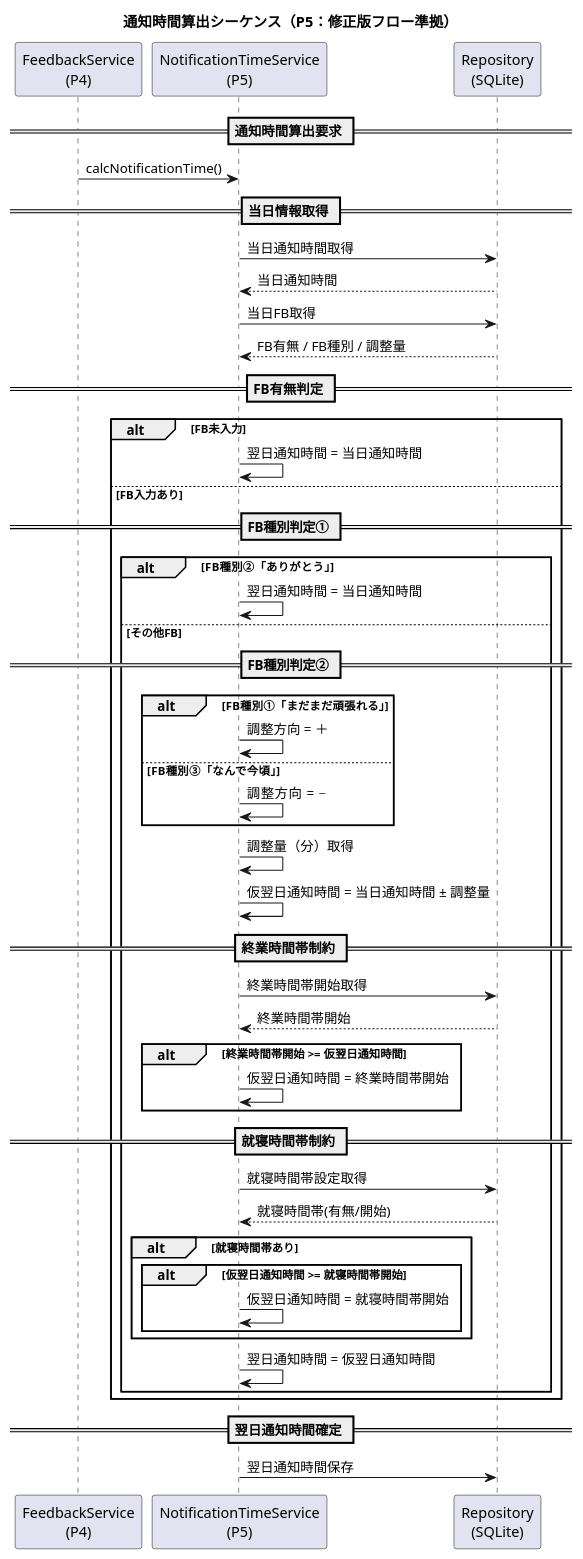
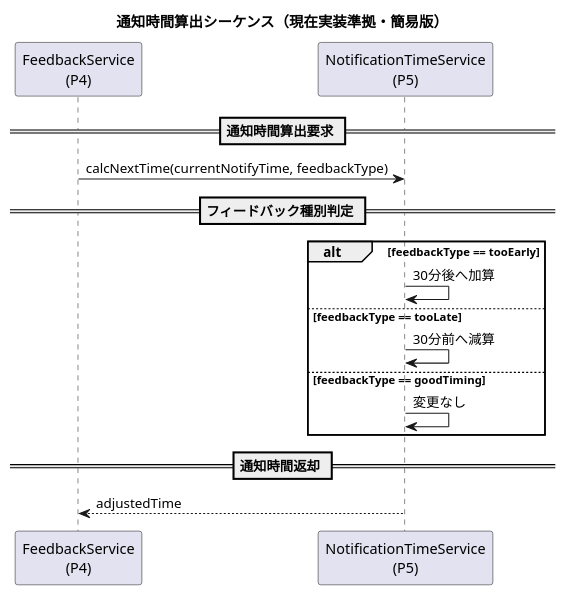
One commit to akamatrixxx/justtime changed the diagram in assets/specifications/詳細設計/シーケンス図/04_通知時間算出シーケンス.pu. Above: the diagram before and after it, drawn with PlantUML. The commit also changed 2 other files, not shown here.

```diff
--- a/assets/specifications/詳細設計/シーケンス図/04_通知時間算出シーケンス.pu
+++ b/assets/specifications/詳細設計/シーケンス図/04_通知時間算出シーケンス.pu
@@ -1,65 +1,24 @@
 @startuml
-title 通知時間算出シーケンス（P5：修正版フロー準拠）
+title 通知時間算出シーケンス（現在実装準拠・簡易版）
 
 participant "FeedbackService\n(P4)" as P4
 participant "NotificationTimeService\n(P5)" as P5
-participant "Repository\n(SQLite)" as DB
 
 == 通知時間算出要求 ==
-P4 -> P5 : calcNotificationTime()
+P4 -> P5 : calcNextTime(currentNotifyTime, feedbackType)
 
-== 当日情報取得 ==
-P5 -> DB : 当日通知時間取得
-DB --> P5 : 当日通知時間
+== フィードバック種別判定 ==
+alt feedbackType == tooEarly
+  P5 -> P5 : 30分後へ加算
 
-P5 -> DB : 当日FB取得
-DB --> P5 : FB有無 / FB種別 / 調整量
+else feedbackType == tooLate
+  P5 -> P5 : 30分前へ減算
 
-== FB有無判定 ==
-alt FB未入力
-  P5 -> P5 : 翌日通知時間 = 当日通知時間
-
-else FB入力あり
-
-  == FB種別判定① ==
-  alt FB種別②「ありがとう」
-    P5 -> P5 : 翌日通知時間 = 当日通知時間
-
-  else その他FB
-
-    == FB種別判定② ==
-    alt FB種別①「まだまだ頑張れる」
-      P5 -> P5 : 調整方向 = ＋
-    else FB種別③「なんで今頃」
-      P5 -> P5 : 調整方向 = −
-    end
-
-    P5 -> P5 : 調整量（分）取得
-    P5 -> P5 : 仮翌日通知時間 = 当日通知時間 ± 調整量
-
-    == 終業時間帯制約 ==
-    P5 -> DB : 終業時間帯開始取得
-    DB --> P5 : 終業時間帯開始
-
-    alt 終業時間帯開始 >= 仮翌日通知時間
-      P5 -> P5 : 仮翌日通知時間 = 終業時間帯開始
-    end
-
-    == 就寝時間帯制約 ==
-    P5 -> DB : 就寝時間帯設定取得
-    DB --> P5 : 就寝時間帯(有無/開始)
-
-    alt 就寝時間帯あり
-      alt 仮翌日通知時間 >= 就寝時間帯開始
-        P5 -> P5 : 仮翌日通知時間 = 就寝時間帯開始
-      end
-    end
-
-    P5 -> P5 : 翌日通知時間 = 仮翌日通知時間
-  end
+else feedbackType == goodTiming
+  P5 -> P5 : 変更なし
 end
 
-== 翌日通知時間確定 ==
-P5 -> DB : 翌日通知時間保存
+== 通知時間返却 ==
+P5 --> P4 : adjustedTime
 
 @enduml
```
